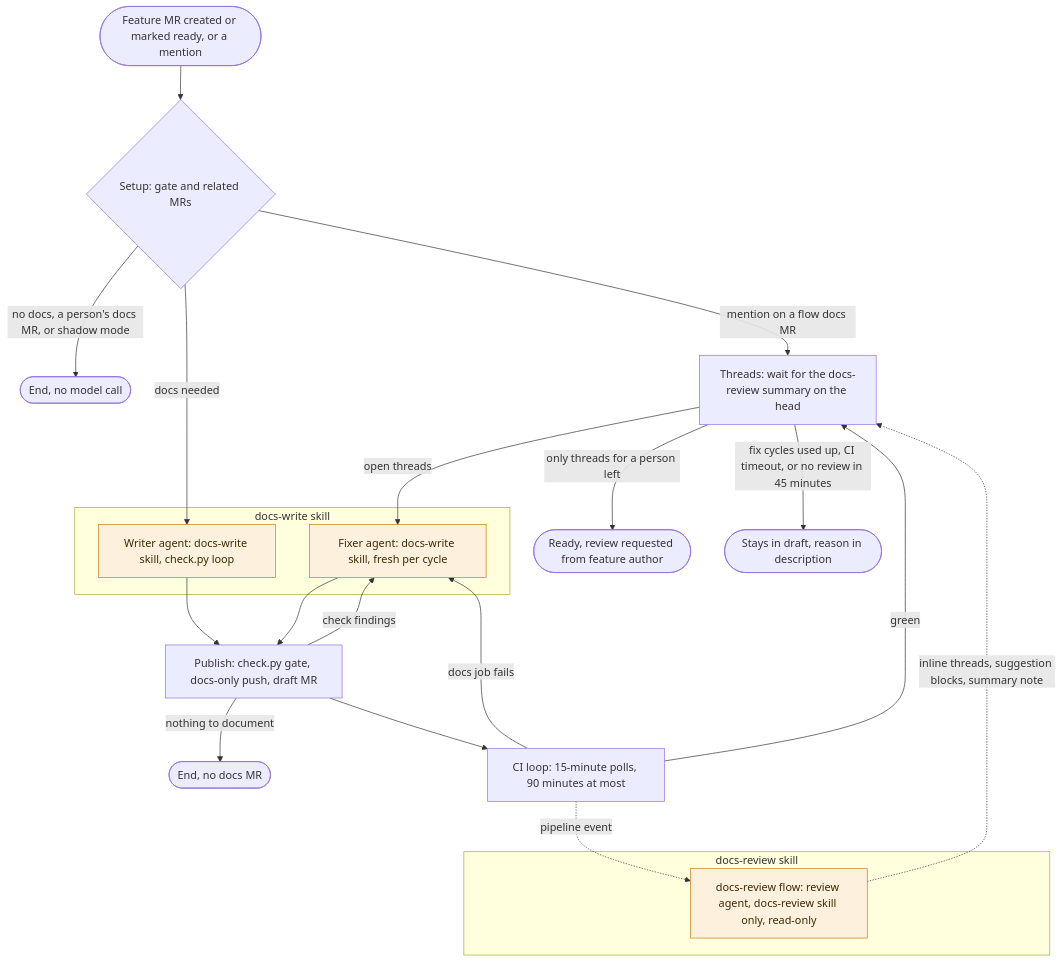
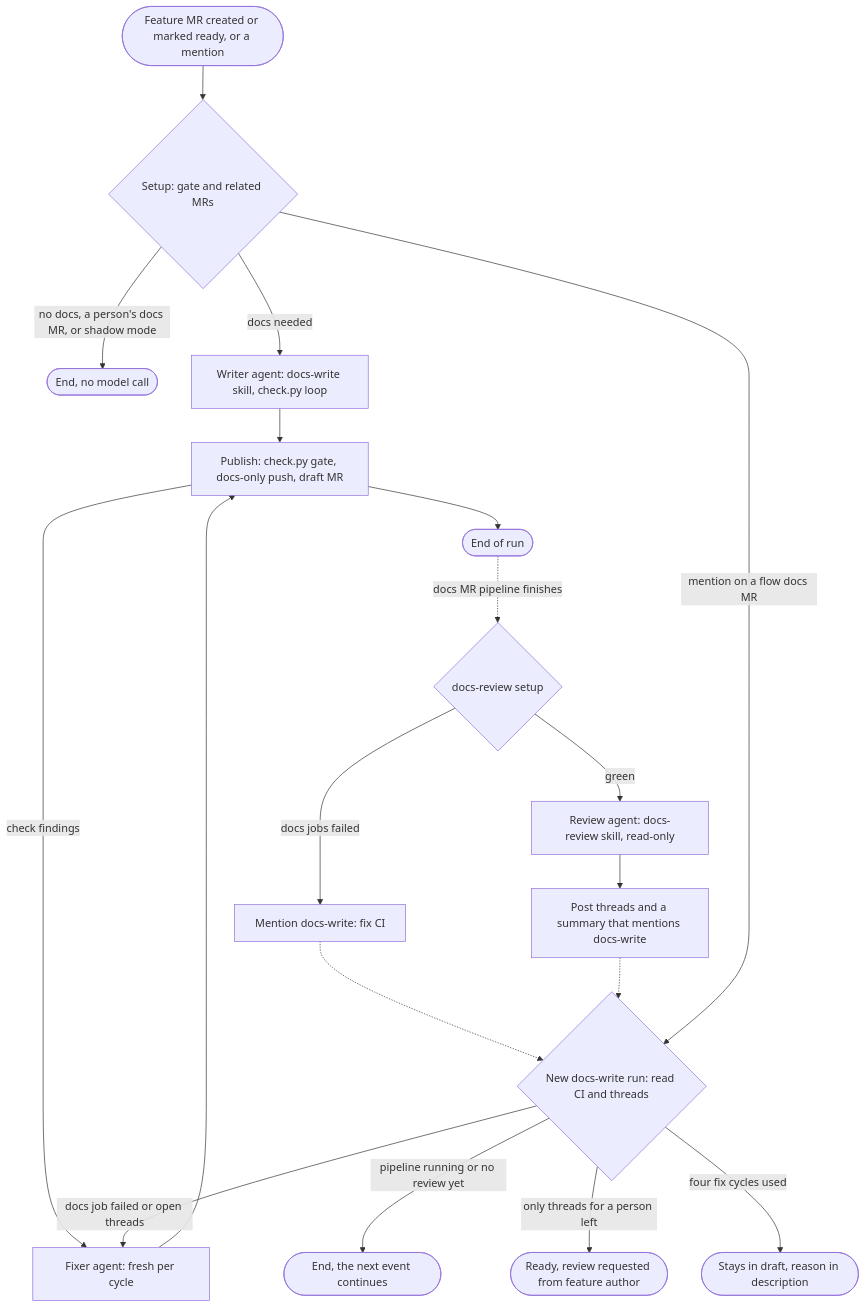
One commit to gitlabhq/orbit-knowledge-graph changed the diagram in docs/pages/engineering/development/docs-write-flow.md. Above: the diagram before and after it, drawn with Mermaid. The commit also changed other lines of this file, not shown here.

Commit message:
docs(engineering): describe one docs-write run per event

````diff
--- a/docs/pages/engineering/development/docs-write-flow.md
+++ b/docs/pages/engineering/development/docs-write-flow.md
@@ -18,33 +18,24 @@
 ```mermaid
 flowchart TD
     accTitle: The docs-write and docs-review flows
-    accDescr: A feature MR event or a mention starts docs-write. A script gate and a related-MR check decide whether to write. A writer agent with the docs-write skill writes the change with a check loop. A publish script checks it again, pushes, and opens a draft docs MR. A CI loop sends docs failures to a fixer. On a green pipeline, the separate docs-review flow reviews the head with only the docs-review skill and posts one inline thread per finding at importance 4 or more, then a summary note. docs-write waits for that summary, and a fixer fixes the threads. When CI is green, the head is reviewed, and only threads for a person are open, docs-write marks the MR ready and requests review from the feature MR author. If the fix cycles run out, CI times out, or no review comes, the MR stays in draft.
+    accDescr: A feature MR event or a mention starts docs-write. A script gate and a related-MR check decide whether to write. A writer agent writes the change with a check loop, and a publish script checks it again, pushes, and ends the run. The docs MR pipeline starts the separate docs-review flow. On failed docs jobs, docs-review mentions docs-write to fix CI. On green, it posts one inline thread per finding at importance 4 or more and a summary note that mentions docs-write. Each mention starts a new docs-write run that reads the MR, fixes and pushes, or hands off. After four fix cycles the MR stays in draft.
 
     A([Feature MR created or marked ready, or a mention]) --> G{Setup: gate and related MRs}
     G -->|no docs, a person's docs MR, or shadow mode| E1([End, no model call])
-    G -->|mention on a flow docs MR| T
     G -->|docs needed| W[Writer agent: docs-write skill, check.py loop]
     W --> P[Publish: check.py gate, docs-only push, draft MR]
-    P -->|nothing to document| E2([End, no docs MR])
-    P -->|check findings| F[Fixer agent: docs-write skill, fresh per cycle]
+    P -->|check findings| F[Fixer agent: fresh per cycle]
     F --> P
-    P --> C[CI loop: 15-minute polls, 90 minutes at most]
-    C -->|docs job fails| F
-    C -->|green| T[Threads: wait for the docs-review summary on the head]
-    C -.->|pipeline event| R[docs-review flow: review agent, docs-review skill only, read-only]
-    R -.->|inline threads, suggestion blocks, summary note| T
-    T -->|open threads| F
-    T -->|only threads for a person left| H([Ready, review requested from feature author])
-    T -->|fix cycles used up, CI timeout, or no review in 45 minutes| D([Stays in draft, reason in description])
-
-    subgraph dw [docs-write skill]
-      W
-      F
-    end
-    subgraph dr [docs-review skill]
-      R
-    end
-
-    classDef agent fill:#fdf1dd,stroke:#c17d10,color:#3d2a05
-    class W,F,R agent
+    P --> E2([End of run])
+    E2 -.->|docs MR pipeline finishes| R{docs-review setup}
+    R -->|docs jobs failed| M[Mention docs-write: fix CI]
+    R -->|green| V[Review agent: docs-review skill, read-only]
+    V --> S[Post threads and a summary that mentions docs-write]
+    M -.-> N{New docs-write run: read CI and threads}
+    S -.-> N
+    G -->|mention on a flow docs MR| N
+    N -->|docs job failed or open threads| F
+    N -->|pipeline running or no review yet| E3([End, the next event continues])
+    N -->|only threads for a person left| H([Ready, review requested from feature author])
+    N -->|four fix cycles used| D([Stays in draft, reason in description])
 ```
````
